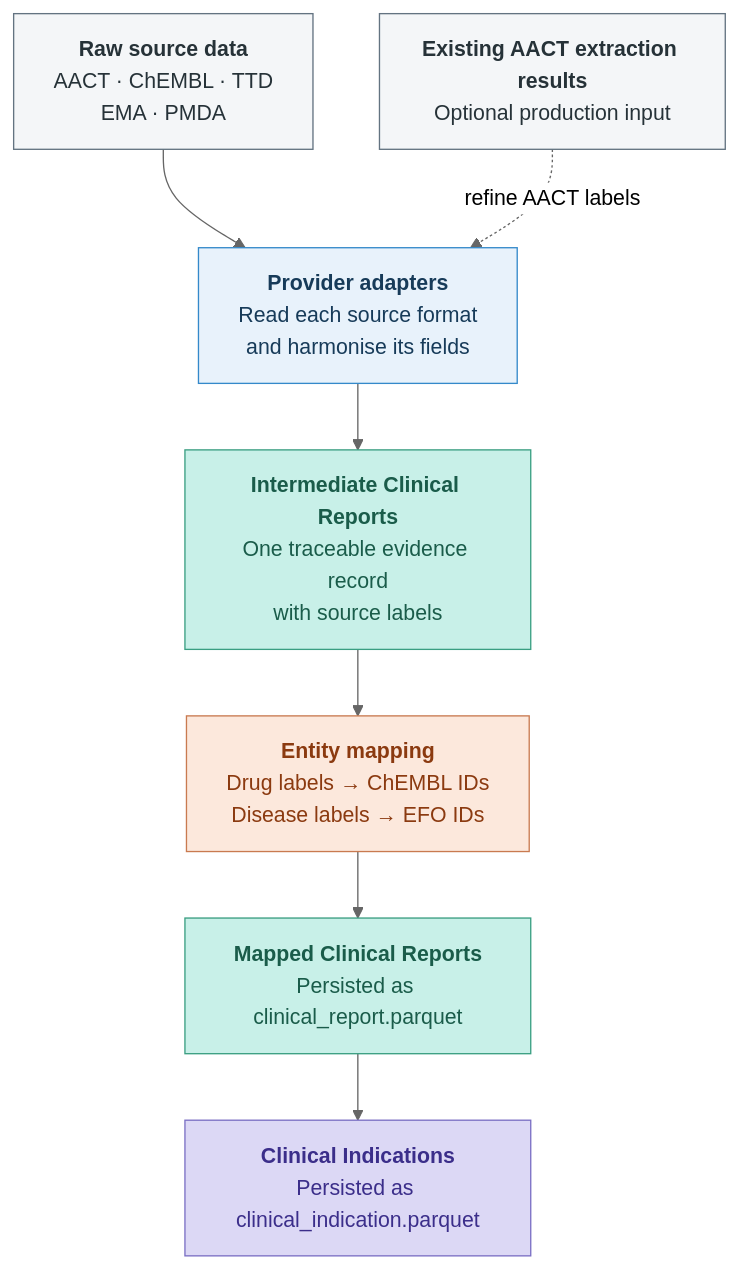
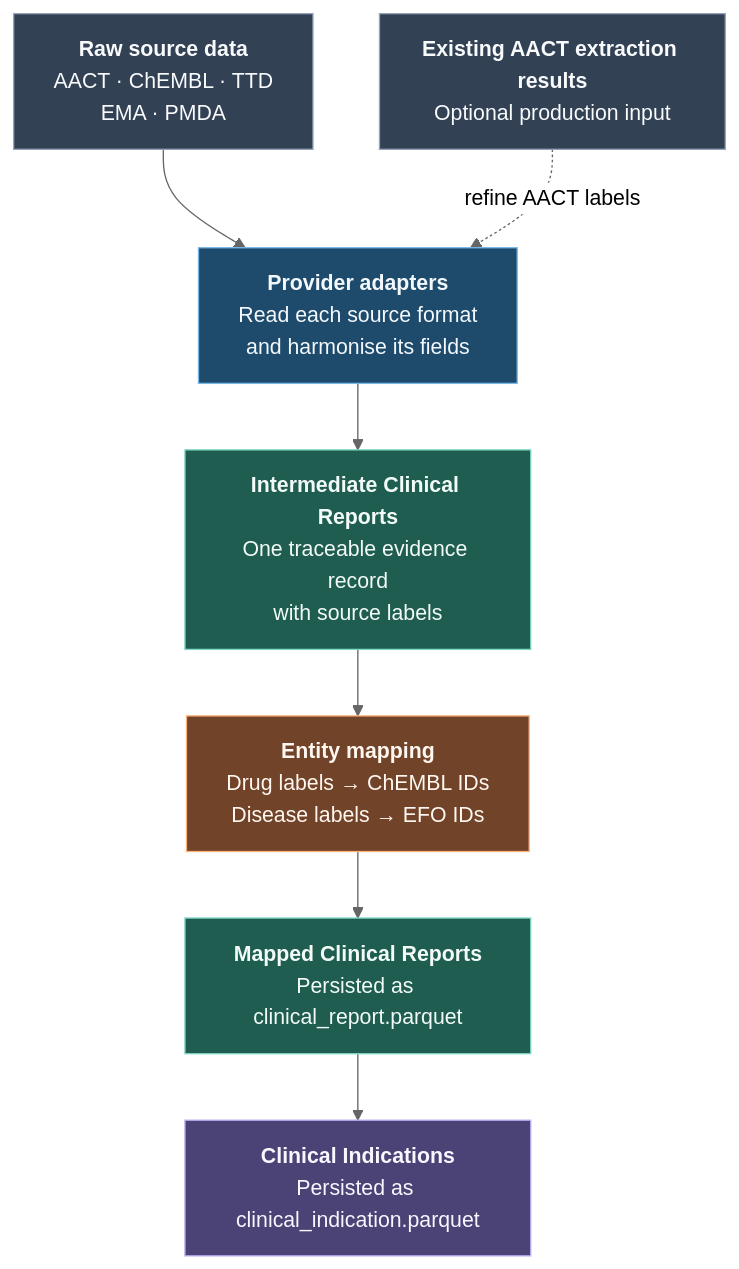
One commit to opentargets/mira changed the diagram in docs/concepts.md. Above: the diagram before and after it, drawn with Mermaid (neutral theme). The commit also changed 32 other files, not shown here.

````diff
--- a/docs/concepts.md
+++ b/docs/concepts.md
@@ -12,25 +12,25 @@
 ```mermaid
 flowchart TD
     SOURCES["<b>Raw source data</b><br/>AACT · ChEMBL · TTD<br/>EMA · PMDA"]
     EXTRACTIONS["<b>Existing AACT extraction results</b><br/>Optional production input"]
     ADAPTERS["<b>Provider adapters</b><br/>Read each source format<br/>and harmonise its fields"]
     REPORTS["<b>Intermediate Clinical Reports</b><br/>One traceable evidence record<br/>with source labels"]
     MAPPING["<b>Entity mapping</b><br/>Drug labels → ChEMBL IDs<br/>Disease labels → EFO IDs"]
     MAPPED["<b>Mapped Clinical Reports</b><br/>Persisted as clinical_report.parquet"]
     INDICATIONS["<b>Clinical Indications</b><br/>Persisted as clinical_indication.parquet"]
 
     SOURCES --> ADAPTERS
     EXTRACTIONS -.->|refine AACT labels| ADAPTERS
     ADAPTERS --> REPORTS
     REPORTS --> MAPPING
     MAPPING --> MAPPED
     MAPPED --> INDICATIONS
 
-    style SOURCES fill:#f4f6f8,stroke:#637381,color:#263238
-    style EXTRACTIONS fill:#f4f6f8,stroke:#637381,color:#263238
-    style ADAPTERS fill:#e8f2fb,stroke:#3489ca,color:#173b59
-    style REPORTS fill:#c8f0e8,stroke:#3a9e82,color:#1a5c4a
-    style MAPPING fill:#fce8dc,stroke:#c97a50,color:#8b3a10
-    style MAPPED fill:#c8f0e8,stroke:#3a9e82,color:#1a5c4a
-    style INDICATIONS fill:#dcd8f5,stroke:#7b6fc4,color:#3b2e8a
+    style SOURCES fill:#334155,stroke:#94a3b8,color:#f8fafc
+    style EXTRACTIONS fill:#334155,stroke:#94a3b8,color:#f8fafc
+    style ADAPTERS fill:#1e4b6b,stroke:#78b9e7,color:#f3f8fc
+    style REPORTS fill:#1f5d50,stroke:#7ed6c4,color:#f2fbf8
+    style MAPPING fill:#714329,stroke:#ffb37c,color:#fff7f0
+    style MAPPED fill:#1f5d50,stroke:#7ed6c4,color:#f2fbf8
+    style INDICATIONS fill:#4b4375,stroke:#b9aeef,color:#f8f6ff
 ```
````
